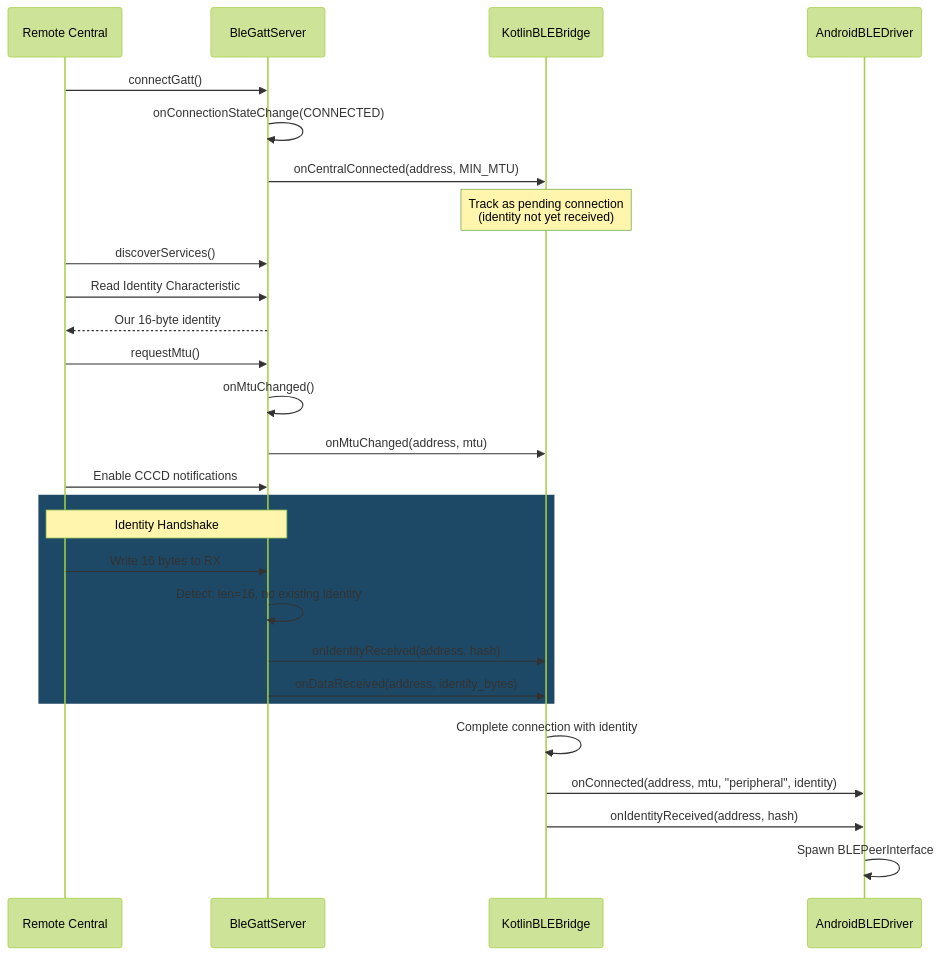
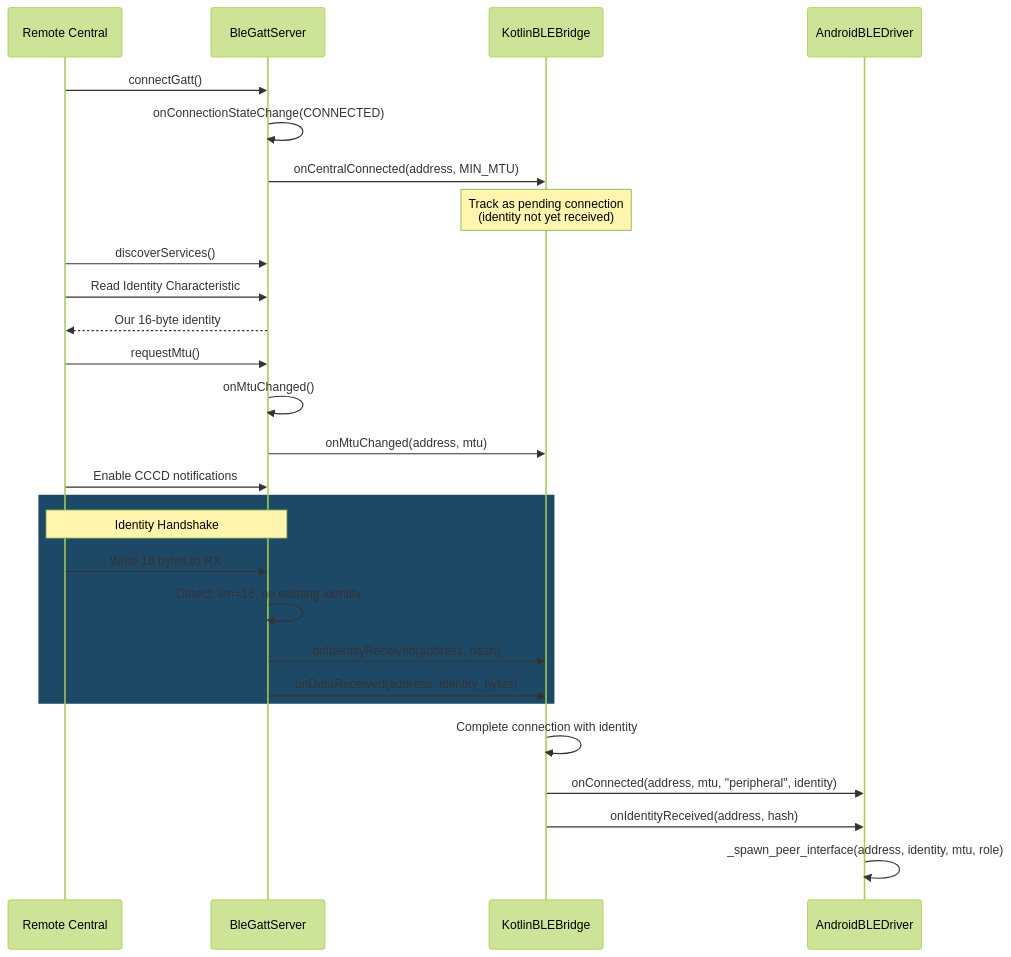
The fourth of 14 diagrams in docs/ble-architecture.md (torlando-tech/columba), drawn with Mermaid (forest theme) before and after one commit. The commit also changed other lines of this file, not shown here.

First line of the commit message:
docs: improve Central Mode Connection Sequence accuracy

````diff
--- a/docs/ble-architecture.md
+++ b/docs/ble-architecture.md
@@ -165,35 +171,35 @@
 ```mermaid
 sequenceDiagram
     participant Central as Remote Central
     participant Server as BleGattServer
     participant Bridge as KotlinBLEBridge
     participant Python as AndroidBLEDriver
 
     Central->>Server: connectGatt()
     Server->>Server: onConnectionStateChange(CONNECTED)
     Server->>Bridge: onCentralConnected(address, MIN_MTU)
     Note over Bridge: Track as pending connection<br/>(identity not yet received)
 
     Central->>Server: discoverServices()
     Central->>Server: Read Identity Characteristic
     Server-->>Central: Our 16-byte identity
 
     Central->>Server: requestMtu()
     Server->>Server: onMtuChanged()
     Server->>Bridge: onMtuChanged(address, mtu)
 
     Central->>Server: Enable CCCD notifications
 
     rect rgb(30, 73, 102)
         Note over Central,Server: Identity Handshake
         Central->>Server: Write 16 bytes to RX
         Server->>Server: Detect: len=16, no existing identity
         Server->>Bridge: onIdentityReceived(address, hash)
         Server->>Bridge: onDataReceived(address, identity_bytes)
     end
 
     Bridge->>Bridge: Complete connection with identity
     Bridge->>Python: onConnected(address, mtu, "peripheral", identity)
     Bridge->>Python: onIdentityReceived(address, hash)
-    Python->>Python: Spawn BLEPeerInterface
+    Python->>Python: _spawn_peer_interface(address, identity, mtu, role)
 ```
````
